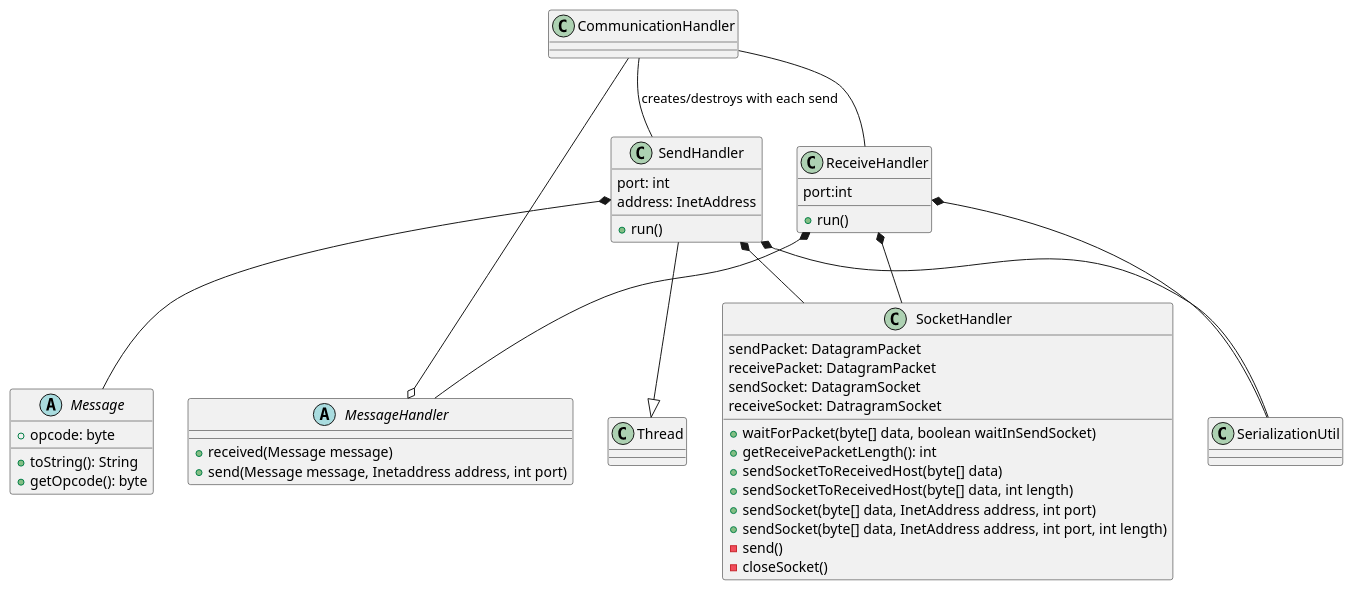
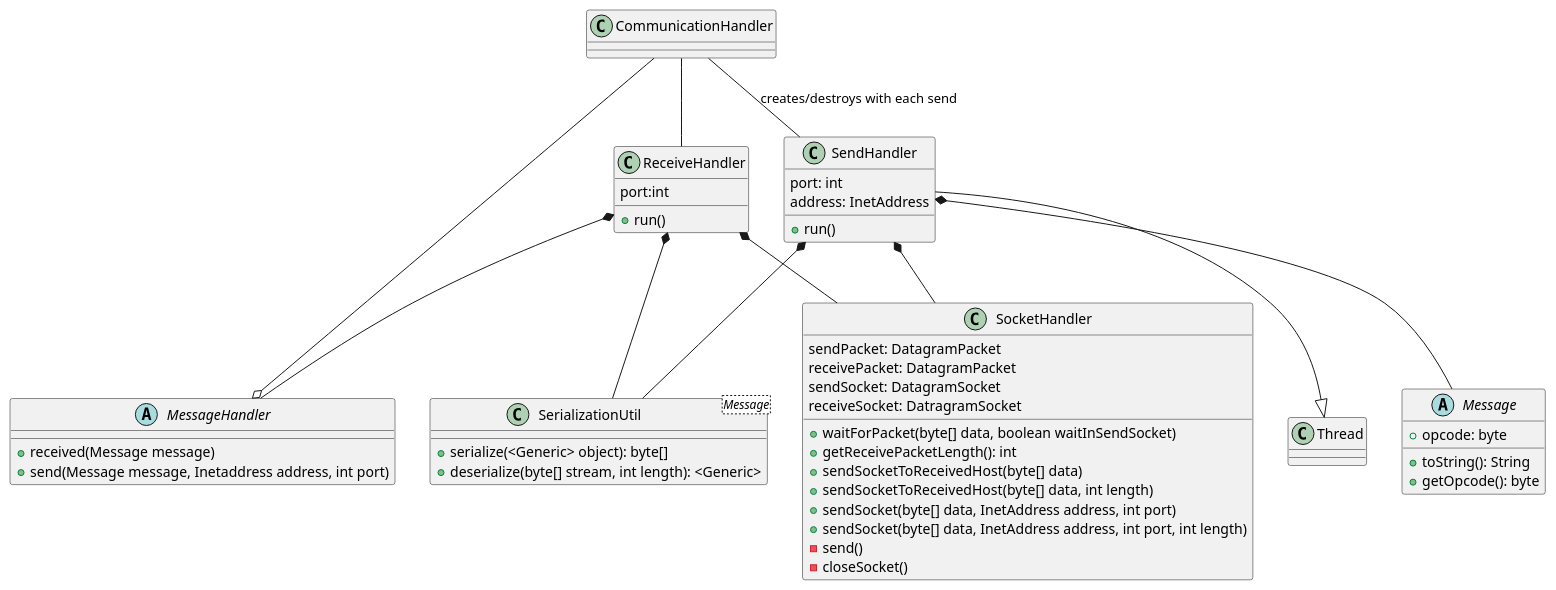
Before and after one commit to JoshuaSFryer/3303-L4G5: the diagram in doc/diagrams/ClassDiagrams/CommunicationHandlersClassDiagram.puml, drawn with PlantUML.

Commit message:
Have the SerializationUtil class take generics in diagram

```diff
--- a/doc/diagrams/ClassDiagrams/CommunicationHandlersClassDiagram.puml
+++ b/doc/diagrams/ClassDiagrams/CommunicationHandlersClassDiagram.puml
@@ -1,64 +1,69 @@
 @startuml
 
 abstract class Message {
     +opcode: byte
 
     +toString(): String
     +getOpcode(): byte
 }
 
 abstract class MessageHandler {
     +received(Message message)
     +send(Message message, Inetaddress address, int port)
 }
 
 class CommunicationHandler {
 
 }
 
 together {
     class SendHandler {
         port: int
         address: InetAddress
 
         +run()
     }
 
     class ReceiveHandler {
         port:int
 
         +run()
     }
 }
 
 class SocketHandler {
     sendPacket: DatagramPacket
     receivePacket: DatagramPacket
     sendSocket: DatagramSocket
     receiveSocket: DatragramSocket
 
     +waitForPacket(byte[] data, boolean waitInSendSocket)
     +getReceivePacketLength(): int
     +sendSocketToReceivedHost(byte[] data)
     +sendSocketToReceivedHost(byte[] data, int length)
     +sendSocket(byte[] data, InetAddress address, int port)
     +sendSocket(byte[] data, InetAddress address, int port, int length)
     -send()
     -closeSocket()
 }
 
+class SerializationUtil<Message> {
+    +serialize(<Generic> object): byte[]
+    +deserialize(byte[] stream, int length): <Generic>
+}
+
 MessageHandler o-left- CommunicationHandler
 
 CommunicationHandler -- SendHandler : creates/destroys with each send
 CommunicationHandler -- ReceiveHandler
 
 SendHandler --|> Thread
 SendHandler *-- SocketHandler
 SendHandler *-- SerializationUtil
 SendHandler *-- Message
 
 ReceiveHandler *-- MessageHandler
 ReceiveHandler *-- SocketHandler
 ReceiveHandler *-- SerializationUtil
 
 @enduml
```
